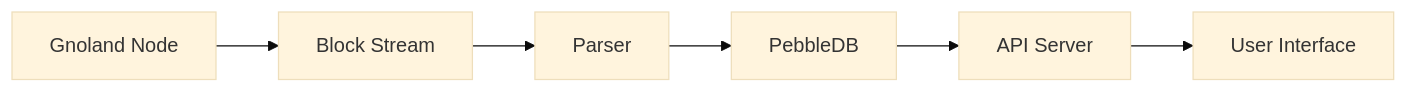
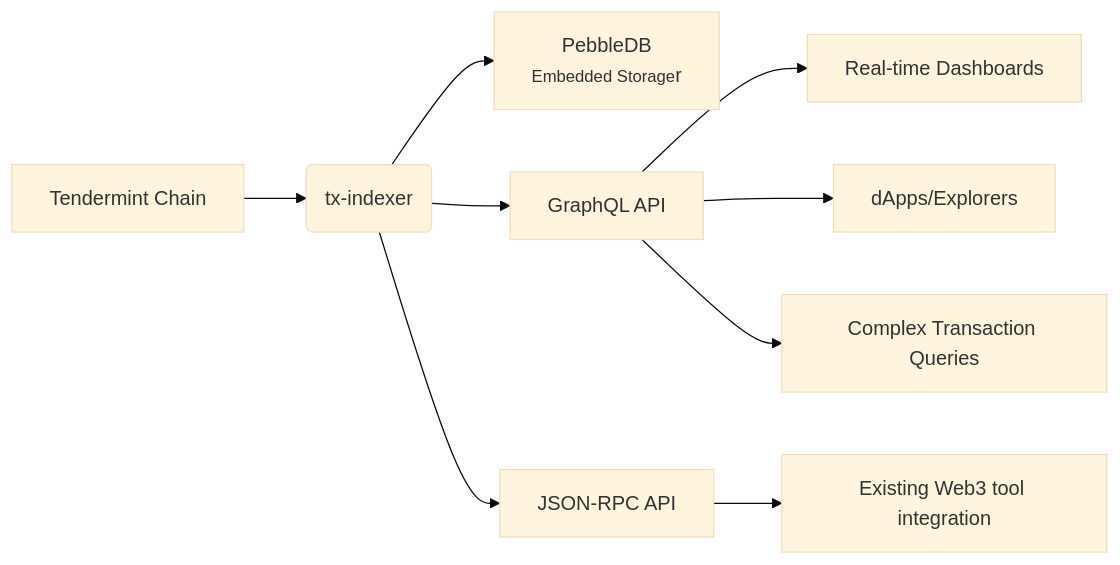
Before and after one commit to samouraiworld/peerdev: the second of 3 diagrams in gno-tutorials/short-tutorials/9-tx-indexer/slides.md, drawn with Mermaid (base theme). The commit also changed other lines of this file and 1 other file, not shown here.

Commit message:
update(tx-indexer): renew the whole slide with more correct information

````diff
--- a/gno-tutorials/short-tutorials/9-tx-indexer/slides.md
+++ b/gno-tutorials/short-tutorials/9-tx-indexer/slides.md
@@ -80,8 +79,11 @@
-```mermaid
-graph LR
-    A[Gnoland Node] --> B[Block Stream]
-    B --> C[Parser]
-    C --> D[PebbleDB]
-    D --> F[API Server]
-    F --> G[User Interface]
+```mermaid {scale: 0.9}
+graph LR 
+A[Tendermint Chain] --> B(tx-indexer)
+B --> C[PebbleDB<br/><small>Embedded Storage</small>r]
+B --> D[GraphQL API]
+B --> E[JSON-RPC API]
+D --> H[Real-time Dashboards]
+D --> F[dApps/Explorers]
+D --> I[Complex Transaction Queries]
+E --> G[Existing Web3 tool integration]
 ```
````
